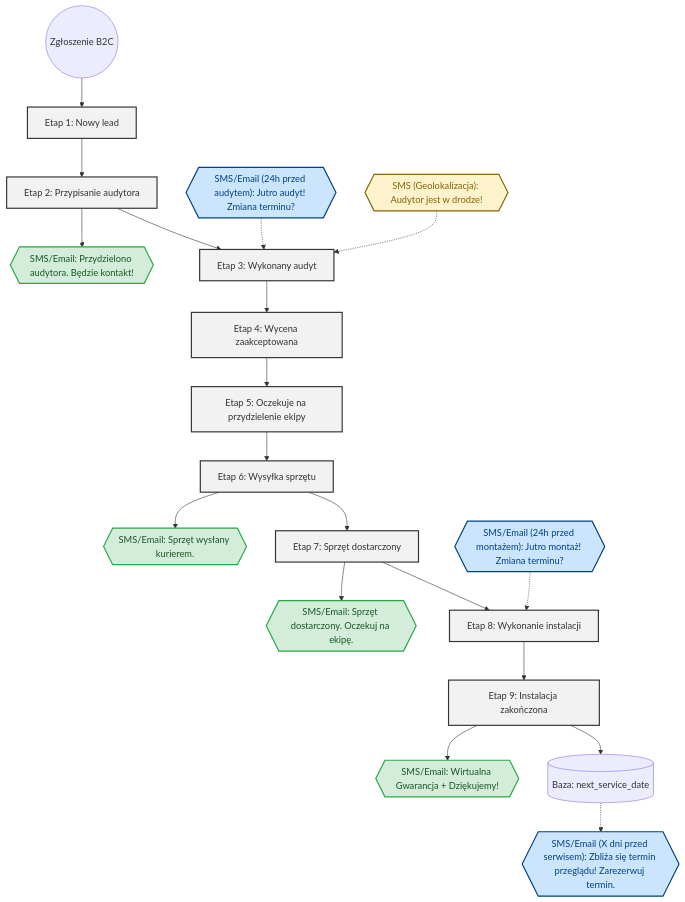
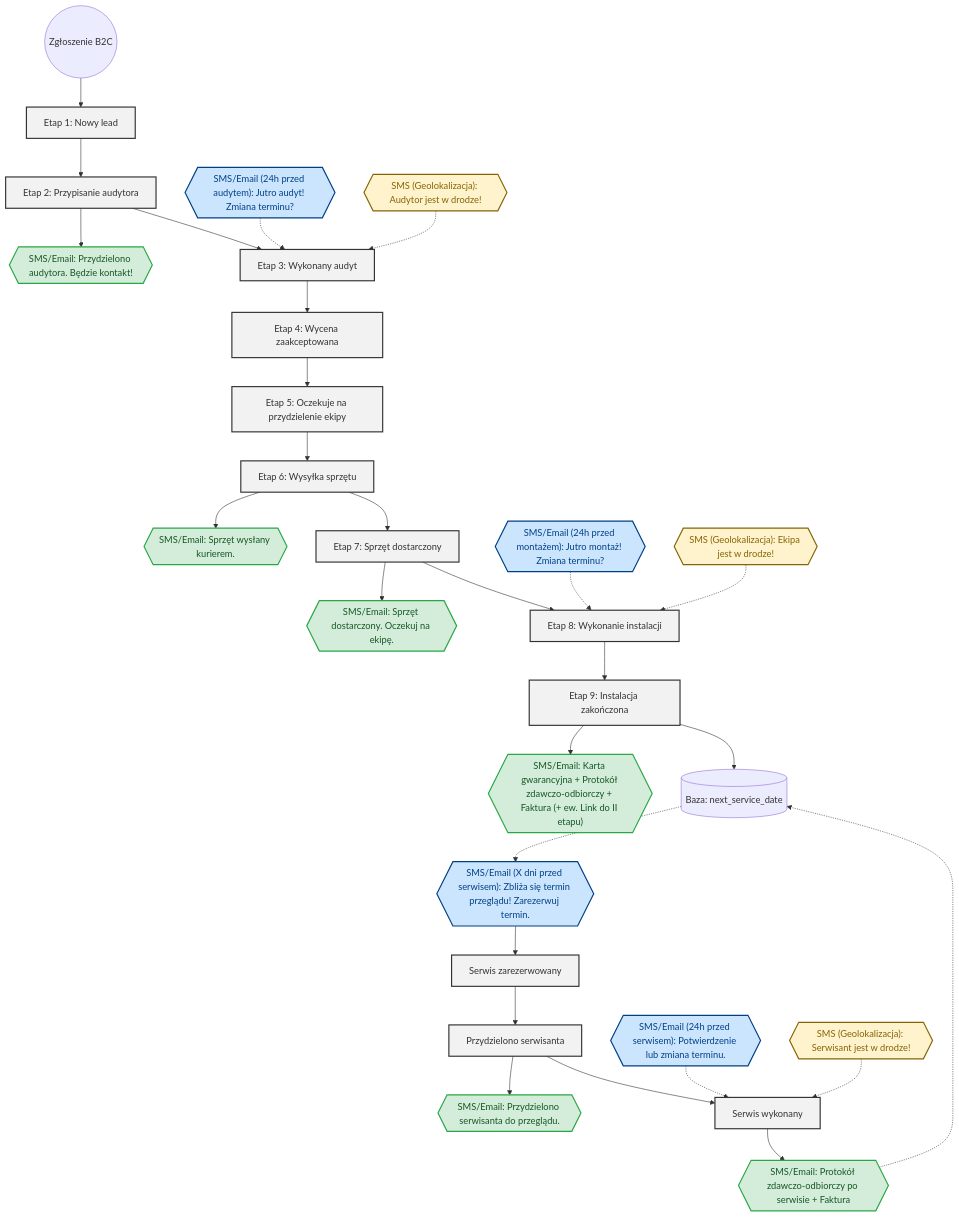
Before and after one commit to aiprojectmanagersznurowski-afk/klikklima-system: the first of 2 diagrams in turborepo/docs/architecture/b2b_funnel_process.md, drawn with Mermaid. The commit also changed 42 other files, not shown here.

````diff
--- a/turborepo/docs/architecture/b2b_funnel_process.md
+++ b/turborepo/docs/architecture/b2b_funnel_process.md
@@ -10,49 +10,61 @@
 ```mermaid
 flowchart TD
     %% Definicja stylów
     classDef status fill:#f2f2f2,stroke:#333,stroke-width:2px;
     classDef notif fill:#d4edda,stroke:#28a745,stroke-width:2px,color:#155724;
     classDef timeNotif fill:#cce5ff,stroke:#004085,stroke-width:2px,color:#004085;
     classDef geoNotif fill:#fff3cd,stroke:#856404,stroke-width:2px,color:#856404;
 
     %% Rozpoczęcie
     Start((Zgłoszenie B2C)) --> E1
     
     %% Etapy główne
     E1[Etap 1: Nowy lead]:::status --> E2
     
     E2[Etap 2: Przypisanie audytora]:::status
     E2 --> N1{{"SMS/Email: Przydzielono audytora. Będzie kontakt!"}}:::notif
     
     %% Czasowe przed audytem
     N2{{"SMS/Email (24h przed audytem): Jutro audyt! Zmiana terminu?"}}:::timeNotif -.-> E3
     N3{{"SMS (Geolokalizacja): Audytor jest w drodze!"}}:::geoNotif -.-> E3
 
     E3[Etap 3: Wykonany audyt]:::status --> E4
     E4[Etap 4: Wycena zaakceptowana]:::status --> E5
     E5[Etap 5: Oczekuje na przydzielenie ekipy]:::status --> E6
     
     E6[Etap 6: Wysyłka sprzętu]:::status
     E6 --> N4{{"SMS/Email: Sprzęt wysłany kurierem."}}:::notif
     E6 --> E7
     
     E7[Etap 7: Sprzęt dostarczony]:::status
     E7 --> N5{{"SMS/Email: Sprzęt dostarczony. Oczekuj na ekipę."}}:::notif
     
     %% Czasowe przed montażem
     N6{{"SMS/Email (24h przed montażem): Jutro montaż! Zmiana terminu?"}}:::timeNotif -.-> E8
+    N9{{"SMS (Geolokalizacja): Ekipa jest w drodze!"}}:::geoNotif -.-> E8
     
     E8[Etap 8: Wykonanie instalacji]:::status --> E9
     
     E9[Etap 9: Instalacja zakończona]:::status
-    E9 --> N7{{"SMS/Email: Wirtualna Gwarancja + Dziękujemy!"}}:::notif
+    E9 --> N7{{"SMS/Email: Karta gwarancyjna + Protokół zdawczo-odbiorczy + Faktura (+ ew. Link do II etapu)"}}:::notif
     
     %% Serwisy (Cykl Posprzedażowy)
     S1[(Baza: next_service_date)] -.-> N8
     N8{{"SMS/Email (X dni przed serwisem): Zbliża się termin przeglądu! Zarezerwuj termin."}}:::timeNotif
+    N8 --> S_BOOKED[Serwis zarezerwowany]:::status
     
+    S_BOOKED --> S_ASSIGNED[Przydzielono serwisanta]:::status
+    S_ASSIGNED --> N11{{"SMS/Email: Przydzielono serwisanta do przeglądu."}}:::notif
+    
+    %% Czasowe przed serwisem
+    N12{{"SMS/Email (24h przed serwisem): Potwierdzenie lub zmiana terminu."}}:::timeNotif -.-> S_DONE
+    N13{{"SMS (Geolokalizacja): Serwisant jest w drodze!"}}:::geoNotif -.-> S_DONE
+    
+    S_ASSIGNED --> S_DONE[Serwis wykonany]:::status
+    S_DONE --> N10{{"SMS/Email: Protokół zdawczo-odbiorczy po serwisie + Faktura"}}:::notif
+    N10 -.-> S1    
     %% Przepływy
     E2 --> E3
     E7 --> E8
     E9 --> S1
 ```
````
